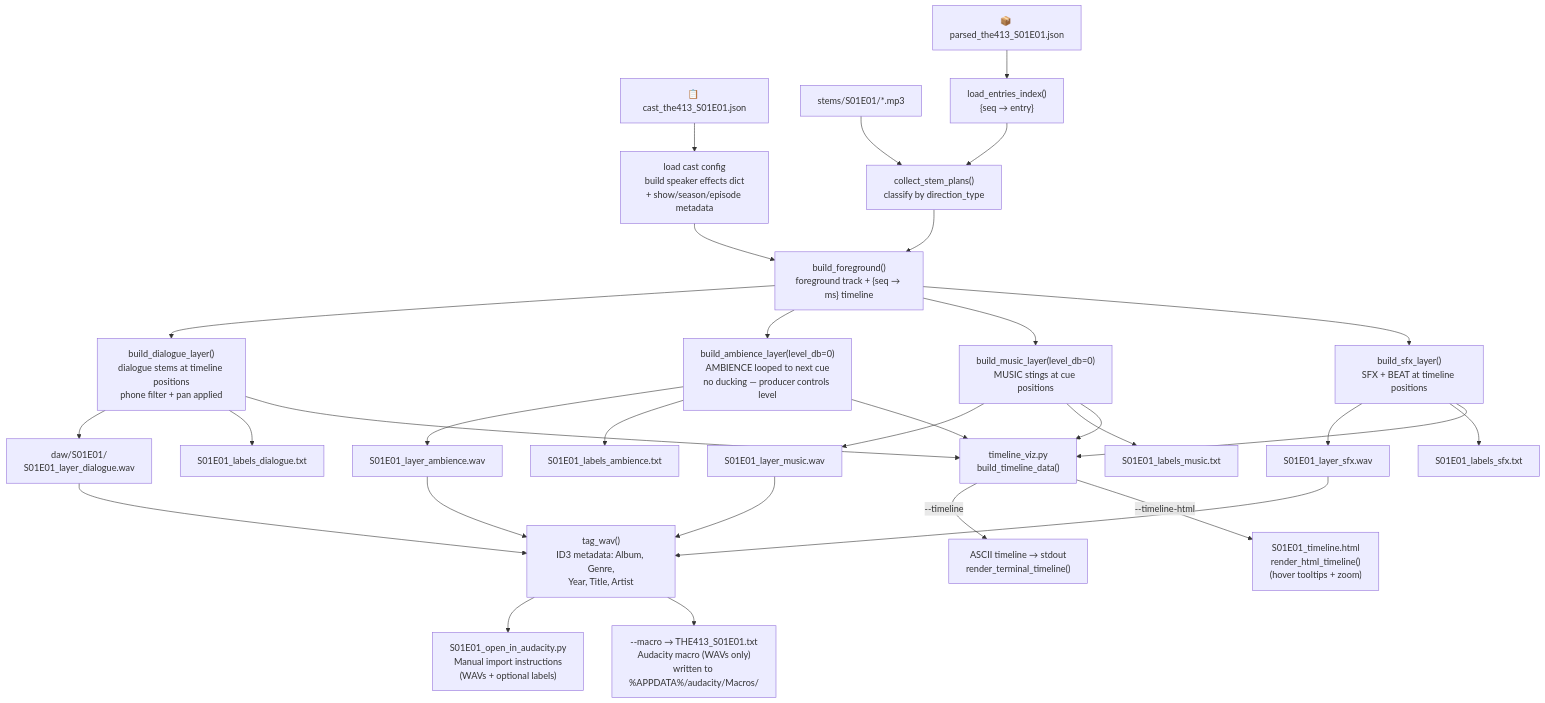
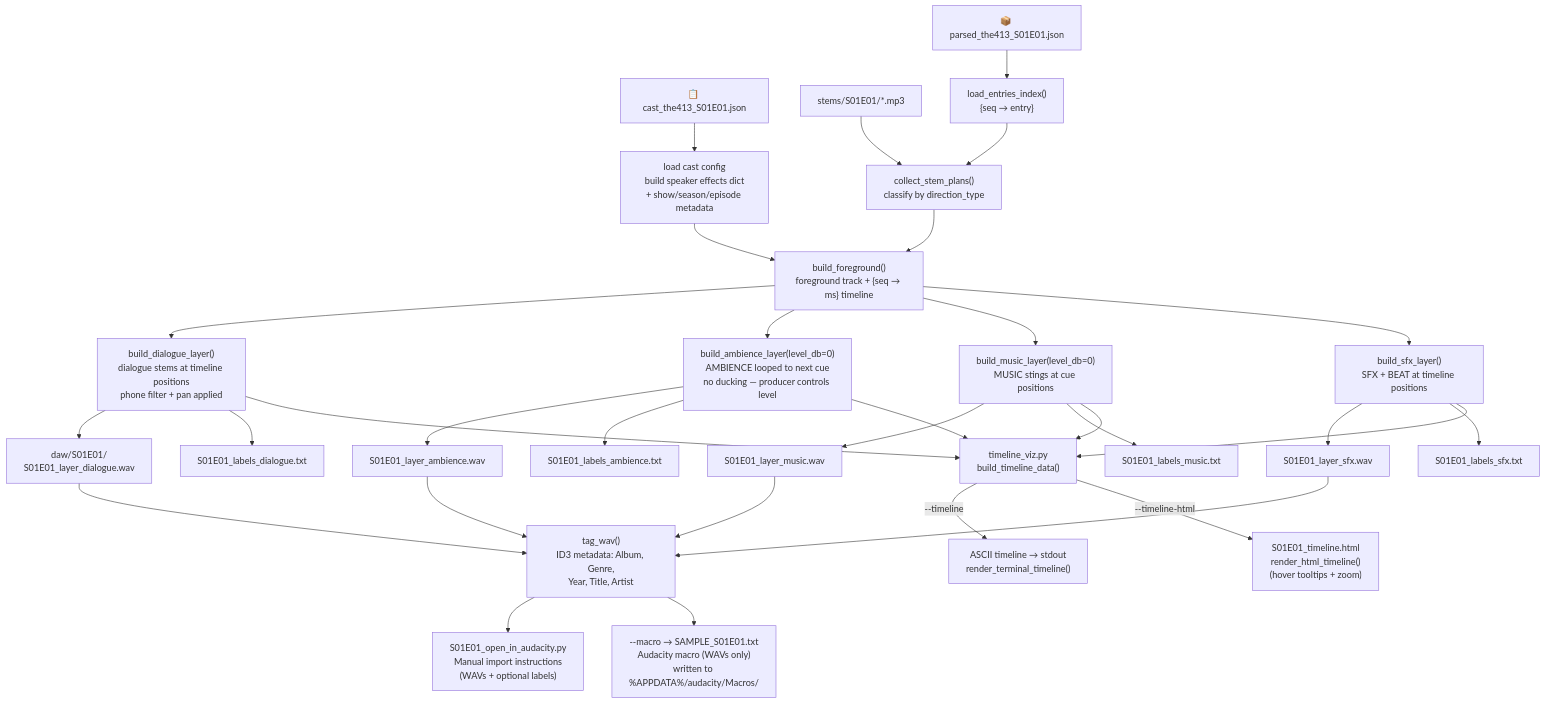
The ninth of 19 diagrams in docs/pipeline.md (xilcmd/xil-pipeline), drawn with Mermaid before and after one commit. The commit also changed other lines of this file and 4 other files, not shown here.

````diff
--- a/docs/pipeline.md
+++ b/docs/pipeline.md
@@ -513,68 +513,68 @@
 ```mermaid
 flowchart TD
     C5["`📋 cast_the413_S01E01.json`"]
     J5["`📦 parsed_the413_S01E01.json`"]
     ST5["`stems/S01E01/*.mp3`"]
 
     C5 --> L5["`load cast config
     build speaker effects dict
     + show/season/episode metadata`"]
     J5 --> IDX5["`load_entries_index()
     {seq → entry}`"]
     ST5 --> PLANS5["`collect_stem_plans()
     classify by direction_type`"]
     IDX5 --> PLANS5
 
     PLANS5 --> TL5
 
     TL5["`build_foreground()
     foreground track + {seq → ms} timeline`"]
     L5 --> TL5
 
     TL5 --> DLG5["`build_dialogue_layer()
     dialogue stems at timeline positions
     phone filter + pan applied`"]
     TL5 --> AMB5["`build_ambience_layer(level_db=0)
     AMBIENCE looped to next cue
     no ducking — producer controls level`"]
     TL5 --> MUS5["`build_music_layer(level_db=0)
     MUSIC stings at cue positions`"]
     TL5 --> SFX5["`build_sfx_layer()
     SFX + BEAT at timeline positions`"]
 
     DLG5 --> WAV1["`daw/S01E01/
     S01E01_layer_dialogue.wav`"]
     AMB5 --> WAV2["S01E01_layer_ambience.wav"]
     MUS5 --> WAV3["S01E01_layer_music.wav"]
     SFX5 --> WAV4["S01E01_layer_sfx.wav"]
 
     WAV1 --> TAG5["`tag_wav()
     ID3 metadata: Album, Genre,
     Year, Title, Artist`"]
     WAV2 --> TAG5
     WAV3 --> TAG5
     WAV4 --> TAG5
 
     DLG5 --> LBL1["S01E01_labels_dialogue.txt"]
     AMB5 --> LBL2["S01E01_labels_ambience.txt"]
     MUS5 --> LBL3["S01E01_labels_music.txt"]
     SFX5 --> LBL4["S01E01_labels_sfx.txt"]
 
     TAG5 --> SCRIPT5["`S01E01_open_in_audacity.py
     Manual import instructions
     (WAVs + optional labels)`"]
-    TAG5 --> MACRO5["`--macro → THE413_S01E01.txt
+    TAG5 --> MACRO5["`--macro → SAMPLE_S01E01.txt
     Audacity macro (WAVs only)
     written to %APPDATA%/audacity/Macros/`"]
 
     DLG5 --> TLVIZ["`timeline_viz.py
     build_timeline_data()`"]
     AMB5 --> TLVIZ
     MUS5 --> TLVIZ
     SFX5 --> TLVIZ
     TLVIZ -->|"--timeline"| ASCII5["`ASCII timeline → stdout
     render_terminal_timeline()`"]
     TLVIZ -->|"--timeline-html"| HTML5["`S01E01_timeline.html
     render_html_timeline()
     (hover tooltips + zoom)`"]
 ```
````
